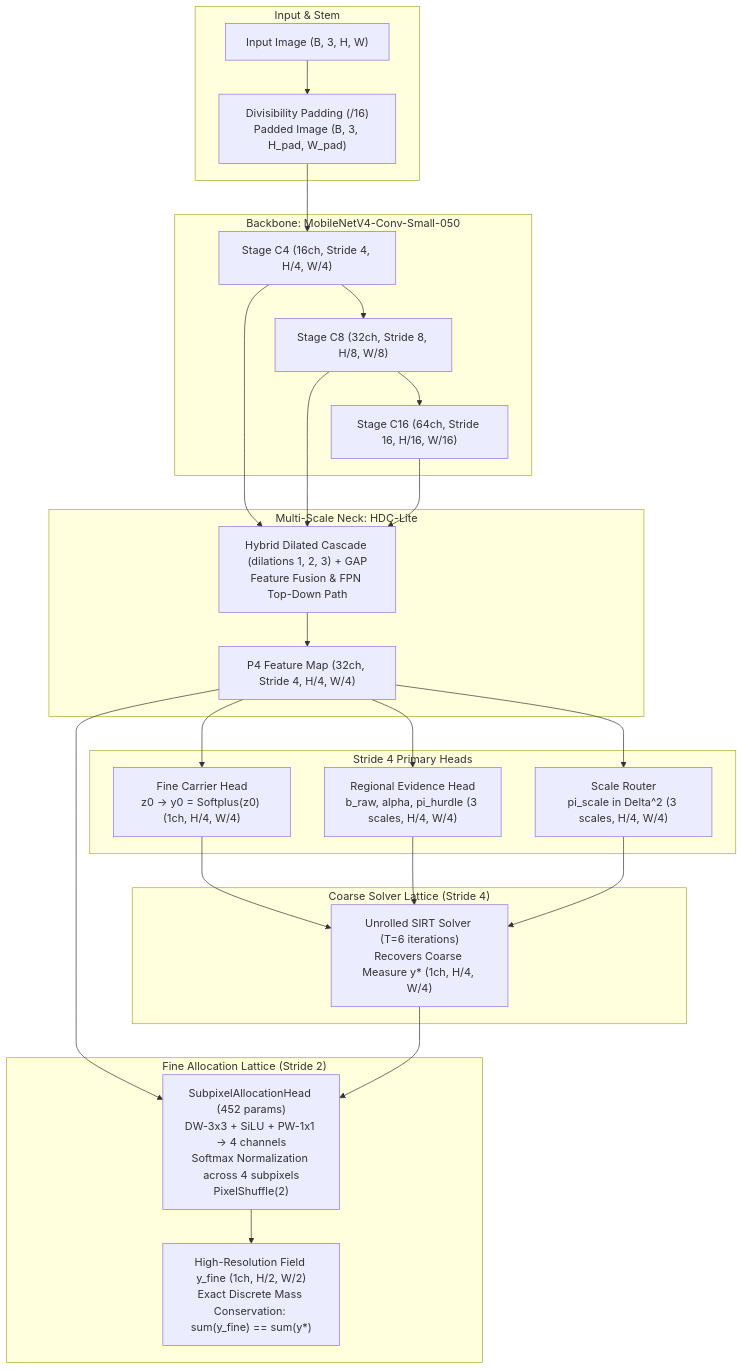
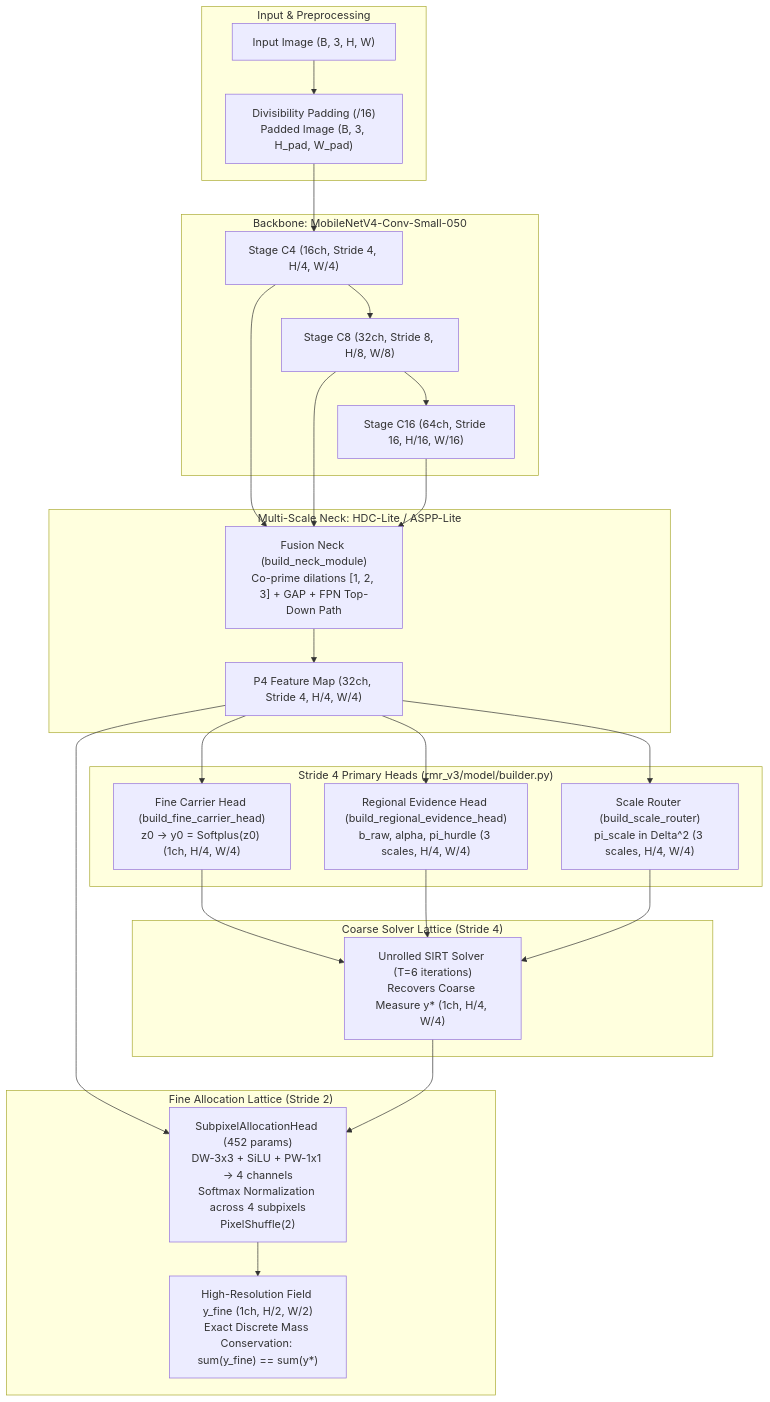
The diagram in docs/code_explanation/01_model_architecture_and_forward_flow.md (minhphuc477/crowd-counting-lightweight), drawn with Mermaid before and after one commit. The commit also changed other lines of this file and 8 other files, not shown here.

````diff
--- a/docs/code_explanation/01_model_architecture_and_forward_flow.md
+++ b/docs/code_explanation/01_model_architecture_and_forward_flow.md
@@ -11,43 +11,43 @@
 ```mermaid
 flowchart TD
-    subgraph Input ["Input & Stem"]
+    subgraph Input ["Input & Preprocessing"]
         X["Input Image (B, 3, H, W)"]
         PAD["Divisibility Padding (/16)<br/>Padded Image (B, 3, H_pad, W_pad)"]
         X --> PAD
     end
 
     subgraph Backbone ["Backbone: MobileNetV4-Conv-Small-050"]
         C4["Stage C4 (16ch, Stride 4, H/4, W/4)"]
         C8["Stage C8 (32ch, Stride 8, H/8, W/8)"]
         C16["Stage C16 (64ch, Stride 16, H/16, W/16)"]
         PAD --> C4 --> C8 --> C16
     end
 
-    subgraph Neck ["Multi-Scale Neck: HDC-Lite"]
-        HDC["Hybrid Dilated Cascade (dilations 1, 2, 3) + GAP<br/>Feature Fusion & FPN Top-Down Path"]
+    subgraph Neck ["Multi-Scale Neck: HDC-Lite / ASPP-Lite"]
+        NECK["Fusion Neck (build_neck_module)<br/>Co-prime dilations [1, 2, 3] + GAP + FPN Top-Down Path"]
         P4["P4 Feature Map (32ch, Stride 4, H/4, W/4)"]
-        C4 & C8 & C16 --> HDC --> P4
+        C4 & C8 & C16 --> NECK --> P4
     end
 
-    subgraph Heads ["Stride 4 Primary Heads"]
-        CH["Fine Carrier Head<br/>z0 -> y0 = Softplus(z0) (1ch, H/4, W/4)"]
-        EH["Regional Evidence Head<br/>b_raw, alpha, pi_hurdle (3 scales, H/4, W/4)"]
-        RH["Scale Router<br/>pi_scale in Delta^2 (3 scales, H/4, W/4)"]
+    subgraph Heads ["Stride 4 Primary Heads (rmr_v3/model/builder.py)"]
+        CH["Fine Carrier Head (build_fine_carrier_head)<br/>z0 -> y0 = Softplus(z0) (1ch, H/4, W/4)"]
+        EH["Regional Evidence Head (build_regional_evidence_head)<br/>b_raw, alpha, pi_hurdle (3 scales, H/4, W/4)"]
+        RH["Scale Router (build_scale_router)<br/>pi_scale in Delta^2 (3 scales, H/4, W/4)"]
         P4 --> CH
         P4 --> EH
         P4 --> RH
     end
 
     subgraph SolverLattice ["Coarse Solver Lattice (Stride 4)"]
         SIRT["Unrolled SIRT Solver (T=6 iterations)<br/>Recovers Coarse Measure y* (1ch, H/4, W/4)"]
         CH & EH & RH --> SIRT
     end
 
     subgraph SubpixelLattice ["Fine Allocation Lattice (Stride 2)"]
         SUB["SubpixelAllocationHead (452 params)<br/>DW-3x3 + SiLU + PW-1x1 -> 4 channels<br/>Softmax Normalization across 4 subpixels<br/>PixelShuffle(2)"]
         Y_FINE["High-Resolution Field y_fine (1ch, H/2, W/2)<br/>Exact Discrete Mass Conservation: sum(y_fine) == sum(y*)"]
         P4 --> SUB
         SIRT --> SUB
         SUB --> Y_FINE
     end
 ```
````
